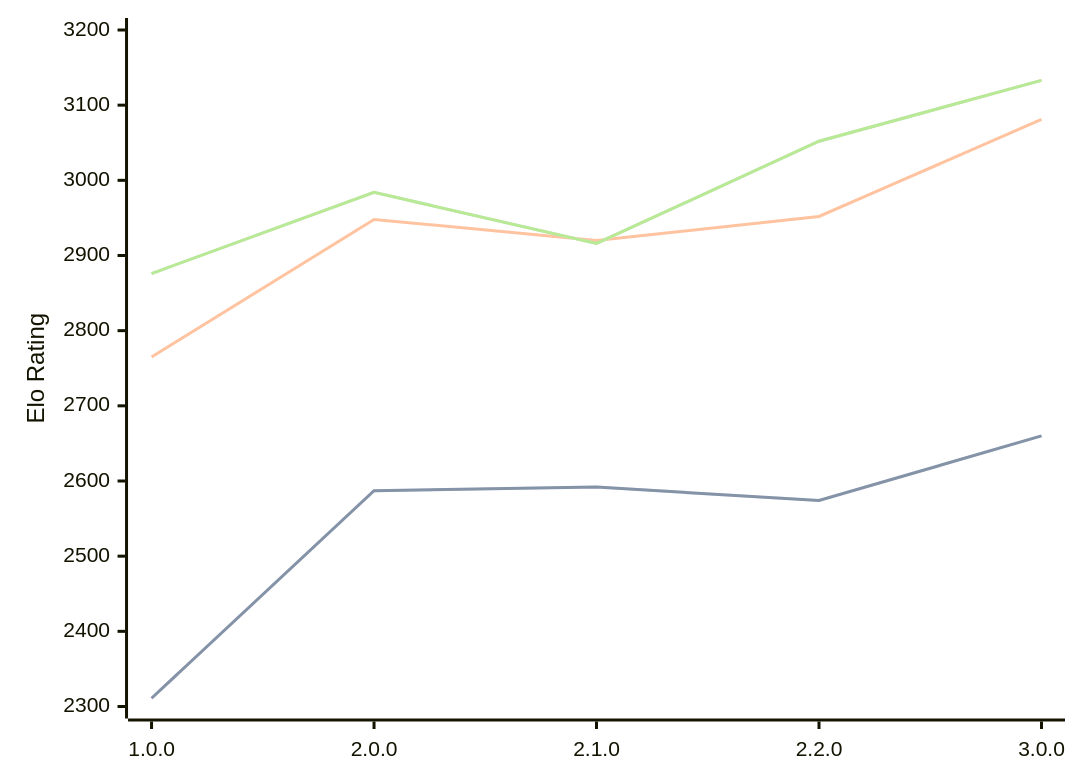
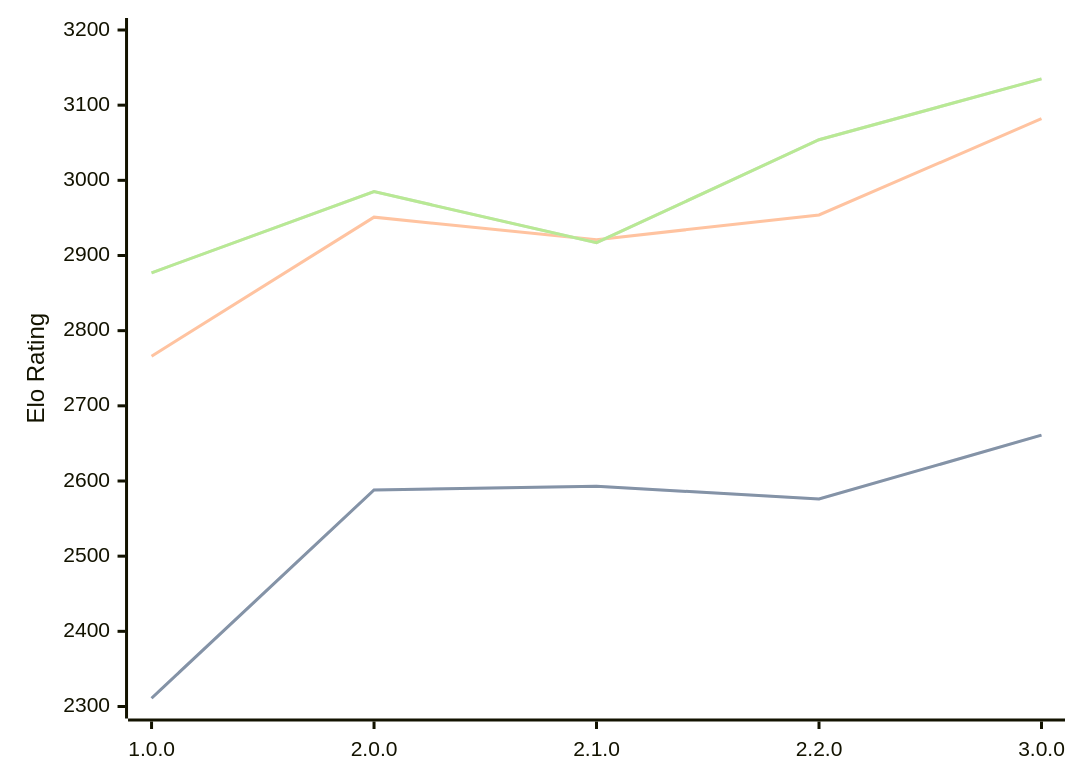
One commit to computer-chess-index/cci changed the diagram in engines/Catalyst.md. Above: the diagram before and after it, drawn with Mermaid. The commit also changed other lines of this file, not shown here.

Commit message:
Update CCI Ratings (ELO VLTC) - 2026-09-01

````diff
--- a/engines/Catalyst.md
+++ b/engines/Catalyst.md
@@ -36,11 +36,11 @@
 ```mermaid
 %%{init: {"theme":"base","themeVariables":{"seriesColors:['#a3a3a3','#222221','#faa371']}}}%%
 xychart-beta
   x-axis ["1.0.0", "2.0.0", "2.1.0", "2.2.0", "3.0.0"]
   y-axis "Elo Rating" 2300 --> 3200
-  line "" [2311, 2587, 2592, 2574, 2660]
-  line "STC (8.0+0.08s)" [2311, 2587, 2592, 2574, 2660]
-  line "LTC (60.0+0.60s)" [2765, 2948, 2920, 2952, 3081]
-  line "" [2876, 2984, 2916, 3052, 3133]
-  line "VLTC (2m24s+1.12s)" [2876, 2984, 2916, 3052, 3133]
+  line "" [2311, 2588, 2593, 2576, 2661]
+  line "STC (8.0+0.08s)" [2311, 2588, 2593, 2576, 2661]
+  line "LTC (60.0+0.60s)" [2766, 2951, 2921, 2954, 3082]
+  line "" [2877, 2985, 2917, 3054, 3135]
+  line "VLTC (2m24s+1.12s)" [2877, 2985, 2917, 3054, 3135]
 ```
````
